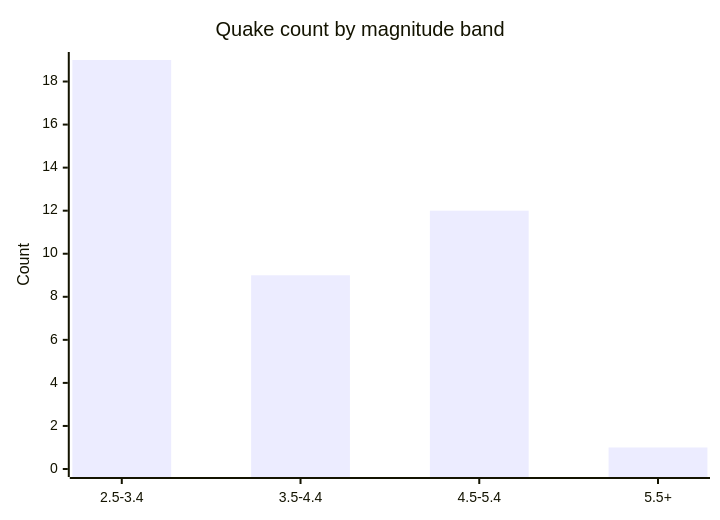
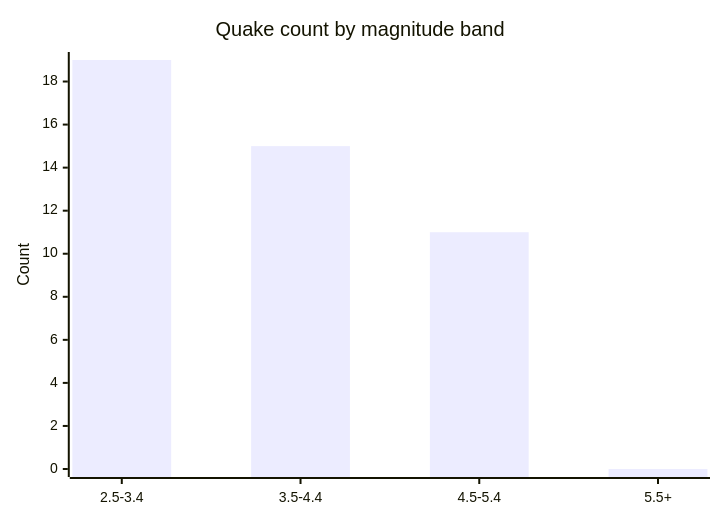
Before and after one commit to Midwest-Stratospheric/aerostratospheric-defense-gir: the fifth of 6 diagrams in docs/GRAPHS.md, drawn with Mermaid. The commit also changed other lines of this file and 27 other files, not shown here.

````diff
--- a/docs/GRAPHS.md
+++ b/docs/GRAPHS.md
@@ -82,7 +82,7 @@
 ```mermaid
 xychart-beta
   title "Quake count by magnitude band"
   x-axis ["2.5-3.4", "3.5-4.4", "4.5-5.4", "5.5+"]
   y-axis "Count" 0 --> 19
-  bar [19, 9, 12, 1]
+  bar [19, 15, 11, 0]
 ```
````
